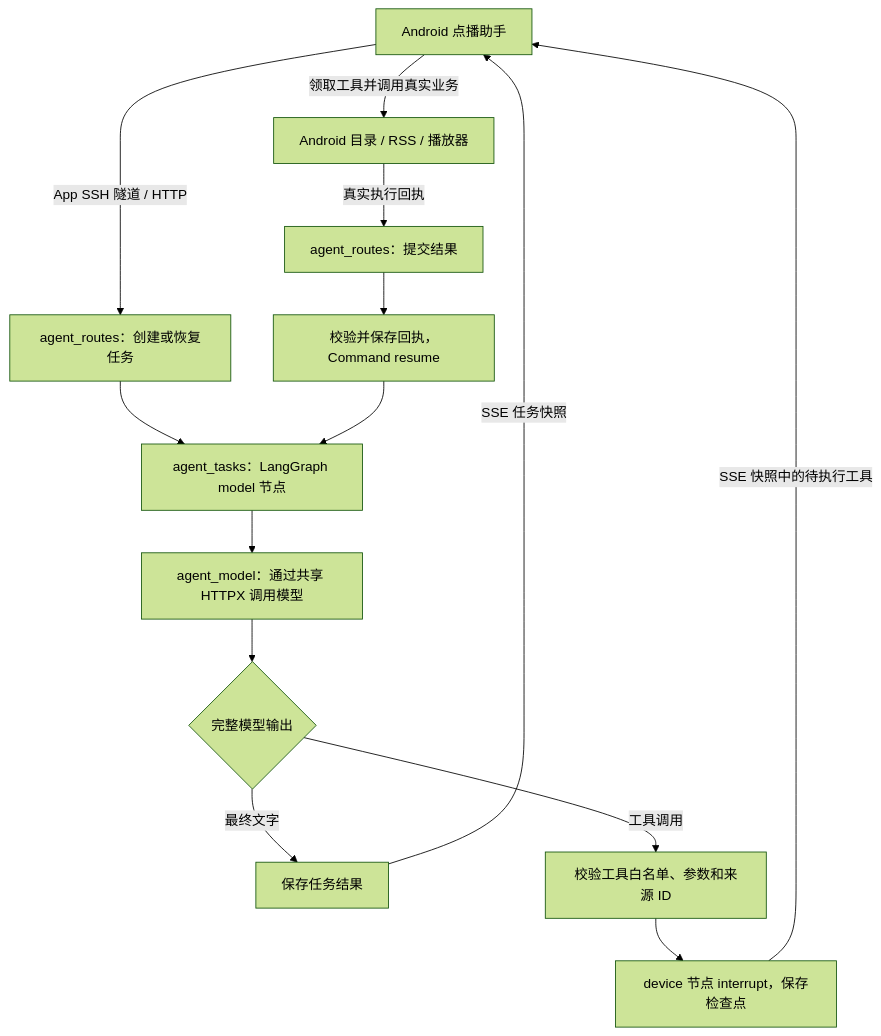
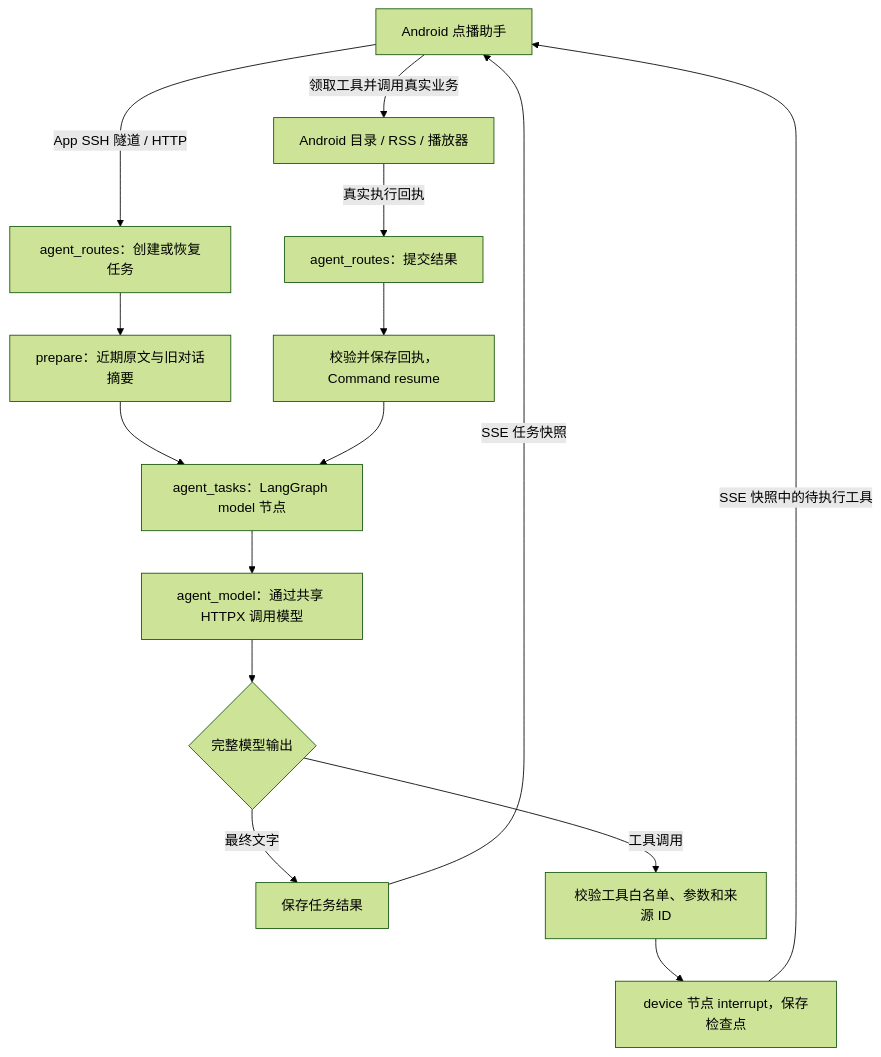
One commit to bililateral/MaoerLite changed the diagram in README.md. Above: the diagram before and after it, drawn with Mermaid (forest theme). The commit also changed other lines of this file and 11 other files, not shown here.

First line of the commit message:
补充Agent架构、模型切换和摘要说明，更新推荐与聊天功能截图

````diff
--- a/README.md
+++ b/README.md
@@ -227,16 +281,17 @@
 ```mermaid
 flowchart TD
     A[Android 点播助手] -->|App SSH 隧道 / HTTP| B[agent_routes：创建或恢复任务]
-    B --> C[agent_tasks：LangGraph model 节点]
+    B --> P[prepare：近期原文与旧对话摘要]
+    P --> C[agent_tasks：LangGraph model 节点]
     C --> D[agent_model：通过共享 HTTPX 调用模型]
     D --> E{完整模型输出}
     E -->|最终文字| F[保存任务结果]
     E -->|工具调用| G[校验工具白名单、参数和来源 ID]
     G --> H[device 节点 interrupt，保存检查点]
     H -->|SSE 快照中的待执行工具| A
     A -->|领取工具并调用真实业务| I[Android 目录 / RSS / 播放器]
     I -->|真实执行回执| J[agent_routes：提交结果]
     J --> K[校验并保存回执，Command resume]
     K --> C
     F -->|SSE 任务快照| A
 ```
````
